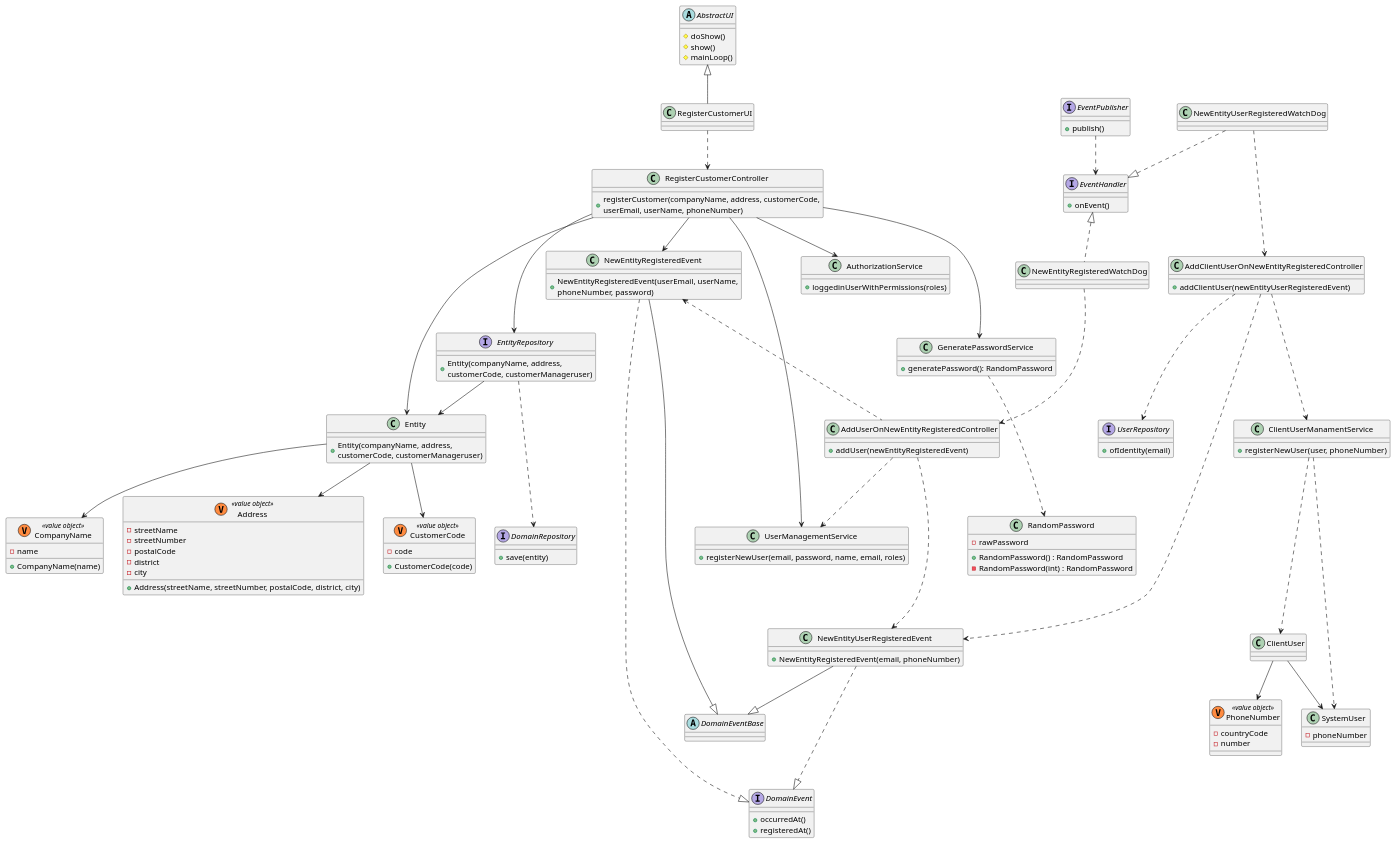
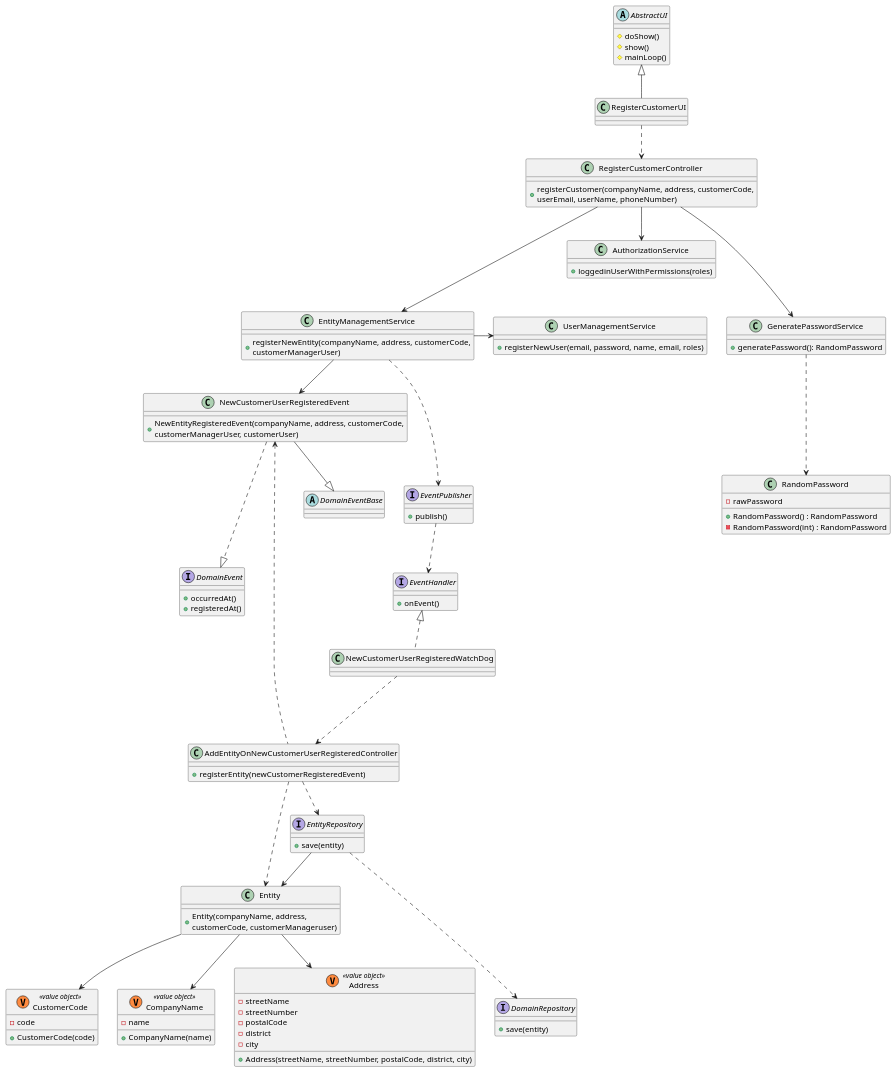
One commit to rita-barbosa/LAPR4-2324 changed the diagram in docs/sb_us_1001/class-diagram.puml. Above: the diagram before and after it, drawn with PlantUML. The commit also changed 8 other files, not shown here.

Commit message:
docs: updates us_1001 documentation. Updates class and sequence diagrams. [#88]

```diff
--- a/docs/sb_us_1001/class-diagram.puml
+++ b/docs/sb_us_1001/class-diagram.puml
@@ -1,166 +1,124 @@
 @startuml
 
 
 
 abstract class AbstractUI {
     # doShow()
     # show()
     # mainLoop()
 }
 
 class AuthorizationService {
     + loggedinUserWithPermissions(roles)
 }
 
 class UserManagementService {
     + registerNewUser(email, password, name, email, roles)
 }
-class ClientUserManamentService {
-    + registerNewUser(user, phoneNumber)
+class EntityManagementService {
+    + registerNewEntity(companyName, address, customerCode,\ncustomerManagerUser)
 }
 
 interface EventPublisher{
     + publish()
 }
 interface EventHandler{
     + onEvent()
 }
 interface DomainEvent{
     + occurredAt()
     + registeredAt()
 }
 interface DomainRepository{
 + save(entity)
 }
 
 
 
 class RegisterCustomerUI {
 
 }
 
 class RegisterCustomerController{
 + registerCustomer(companyName, address, customerCode,\nuserEmail, userName, phoneNumber)
 }
-class AddUserOnNewEntityRegisteredController{
-+ addUser(newEntityRegisteredEvent)
-}
-class AddClientUserOnNewEntityRegisteredController{
-+ addClientUser(newEntityUserRegisteredEvent)
+class AddEntityOnNewCustomerUserRegisteredController{
++ registerEntity(newCustomerRegisteredEvent)
 }
 class GeneratePasswordService {
 + generatePassword(): RandomPassword
 }
 
 class RandomPassword{
 - rawPassword
 + RandomPassword() : RandomPassword
 - RandomPassword(int) : RandomPassword
 }
 
 class Entity{
 + Entity(companyName, address,\ncustomerCode, customerManageruser)
 }
 
 
 interface EntityRepository {
-+ Entity(companyName, address,\ncustomerCode, customerManageruser)
++ save(entity)
 }
-interface UserRepository {
-+ofIdentity(email)
-}
-
 class CustomerCode <<(V,#FF8B40) value object>>  {
 - code
 + CustomerCode(code)
 }
 class CompanyName <<(V,#FF8B40) value object>> {
 - name
 + CompanyName(name)
 }
 class Address <<(V,#FF8B40) value object>> {
 - streetName
 - streetNumber
 - postalCode
 - district
 - city
 + Address(streetName, streetNumber, postalCode, district, city)
 }
-class NewEntityRegisteredEvent{
-+ NewEntityRegisteredEvent(userEmail, userName,\nphoneNumber, password)
-}
-class NewEntityUserRegisteredEvent{
-+ NewEntityRegisteredEvent(email, phoneNumber)
+class NewCustomerUserRegisteredEvent{
++ NewEntityRegisteredEvent(companyName, address, customerCode,\ncustomerManagerUser, customerUser)
 }
 abstract class DomainEventBase {
 }
-
-class NewEntityRegisteredWatchDog{
-}
-class NewEntityUserRegisteredWatchDog{
-}
-class ClientUser {
-
-}
-class PhoneNumber <<(V,#FF8B40) value object>> {
-- countryCode
-- number
+class NewCustomerUserRegisteredWatchDog{
 }
 
-class SystemUser {
-- phoneNumber
-}
 
 
 AbstractUI <|-- RegisterCustomerUI
 RegisterCustomerUI .-> RegisterCustomerController
 
 
-NewEntityRegisteredEvent --|> DomainEventBase
-NewEntityUserRegisteredEvent --|> DomainEventBase
-NewEntityRegisteredEvent .--|> DomainEvent
-NewEntityUserRegisteredEvent .--|> DomainEvent
+NewCustomerUserRegisteredEvent --|> DomainEventBase
+NewCustomerUserRegisteredEvent .--|> DomainEvent
 
-
-NewEntityRegisteredWatchDog .-up|> EventHandler
-NewEntityUserRegisteredWatchDog .-|> EventHandler
-NewEntityRegisteredWatchDog .--> AddUserOnNewEntityRegisteredController
-NewEntityUserRegisteredWatchDog .--> AddClientUserOnNewEntityRegisteredController
-
+NewCustomerUserRegisteredWatchDog .-up|> EventHandler
+NewCustomerUserRegisteredWatchDog .--> AddEntityOnNewCustomerUserRegisteredController
 EventPublisher .-> EventHandler
-
 Entity --> CompanyName
 Entity --> CustomerCode
 Entity --> Address
 EntityRepository .--> DomainRepository
 EntityRepository --> Entity
 
 RegisterCustomerController --> AuthorizationService
-RegisterCustomerController -> UserManagementService
-RegisterCustomerController ---> EntityRepository
-RegisterCustomerController ---> Entity
+EntityManagementService -> UserManagementService
+RegisterCustomerController ---> EntityManagementService
 RegisterCustomerController ---> GeneratePasswordService
-RegisterCustomerController --> NewEntityRegisteredEvent
-
+EntityManagementService --> NewCustomerUserRegisteredEvent
+EntityManagementService .--> EventPublisher
 
 GeneratePasswordService .--> RandomPassword
+AddEntityOnNewCustomerUserRegisteredController .-up-> NewCustomerUserRegisteredEvent
+AddEntityOnNewCustomerUserRegisteredController .-> Entity
+AddEntityOnNewCustomerUserRegisteredController .-> EntityRepository
 
-
-AddUserOnNewEntityRegisteredController .-up-> NewEntityRegisteredEvent
-AddUserOnNewEntityRegisteredController .--> NewEntityUserRegisteredEvent
-AddUserOnNewEntityRegisteredController .-> UserManagementService
-
-AddClientUserOnNewEntityRegisteredController .--> NewEntityUserRegisteredEvent
-AddClientUserOnNewEntityRegisteredController .--> ClientUserManamentService
-AddClientUserOnNewEntityRegisteredController .--> UserRepository
-
-
-ClientUserManamentService .--> SystemUser
-ClientUserManamentService .--> ClientUser
-ClientUser --> SystemUser
-ClientUser --> PhoneNumber
 
 
 
 
 @enduml
```
